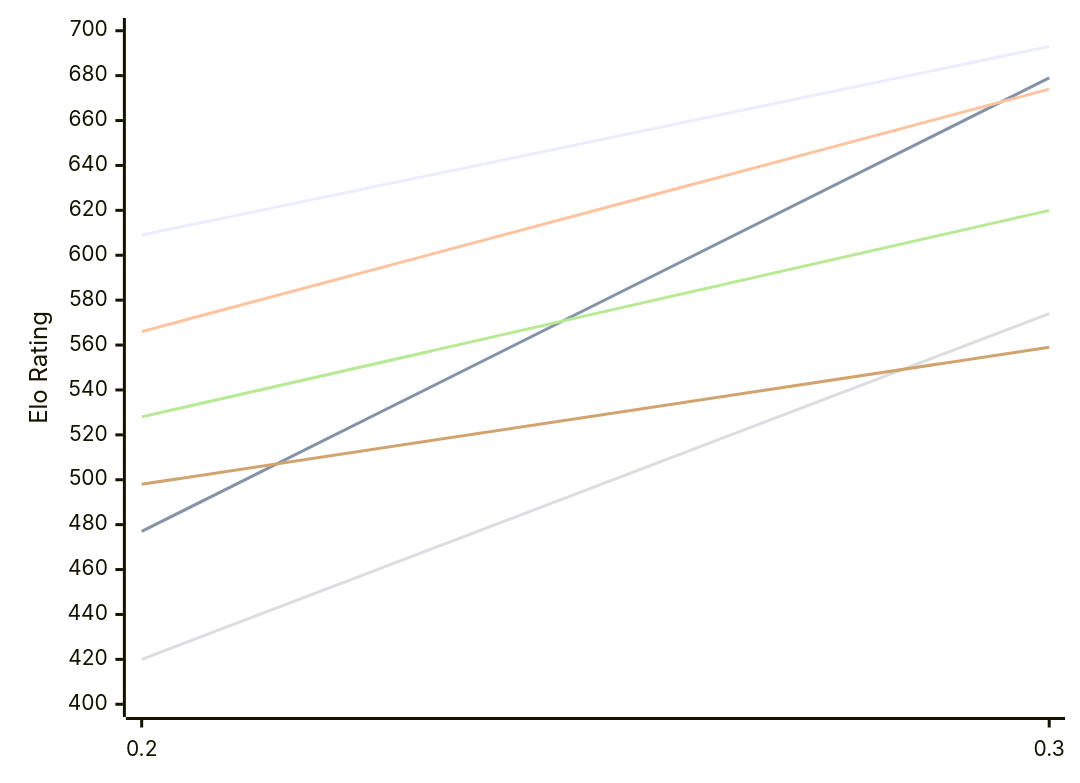
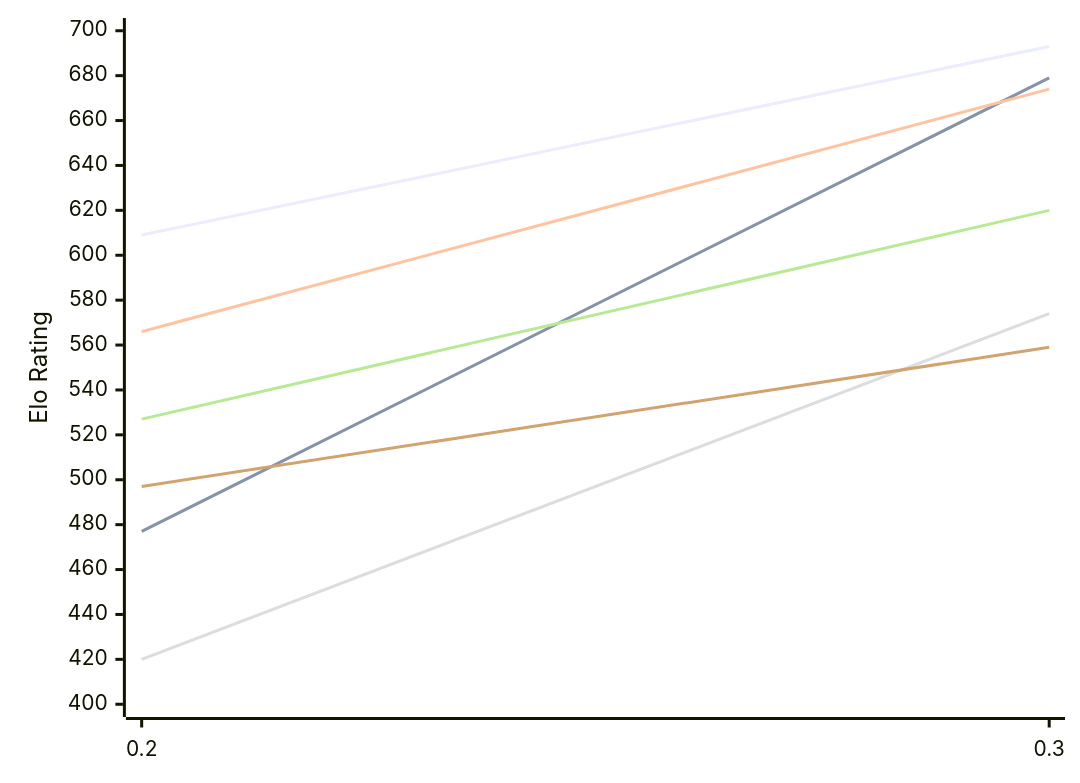
The first of 2 diagrams in engines/Magpie.md (computer-chess-index/cci), drawn with Mermaid before and after one commit. The commit also changed other lines of this file, not shown here.

Commit message:
Update CCI Ratings (ELO VLTC) - 2026-11-16

````diff
--- a/engines/Magpie.md
+++ b/engines/Magpie.md
@@ -50,12 +50,12 @@
 ```mermaid
 %%{init: {"theme":"base","themeVariables":{"seriesColors:['#a3a3a3','#222221','#faa371']}}}%%
 xychart-beta
   x-axis ["0.2", "0.3"]
   y-axis "Elo Rating" 400 --> 700
   line "E1: STC (8.0+0.08s)" [609, 693]
   line "E1: LTC (60.0+0.60s)" [477, 679]
   line "E1: VLTC (2m24s+1.12s)" [566, 674]
   line "P1: STC (8.0+0.08s)" [420, 574]
-  line "P1: LTC (60.0+0.60s)" [528, 620]
-  line "P1: VLTC (2m24s+1.12s)" [498, 559]
+  line "P1: LTC (60.0+0.60s)" [527, 620]
+  line "P1: VLTC (2m24s+1.12s)" [497, 559]
 ```
````
